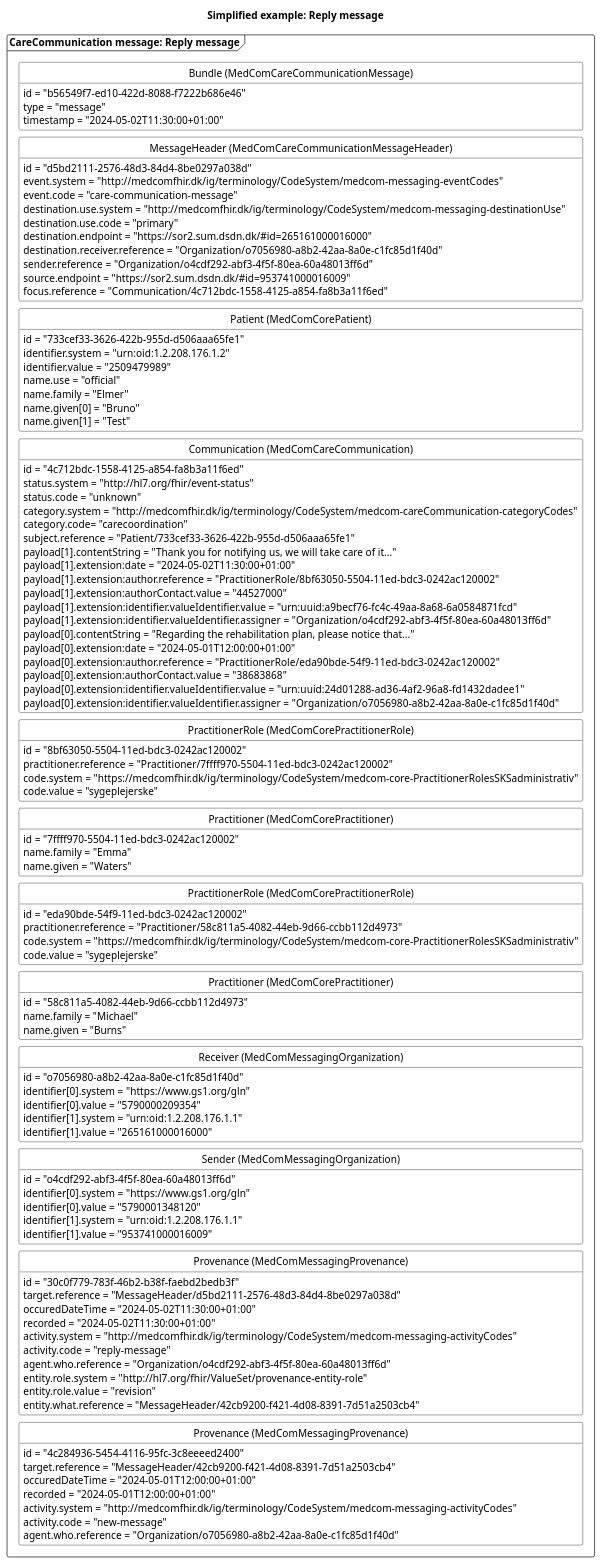
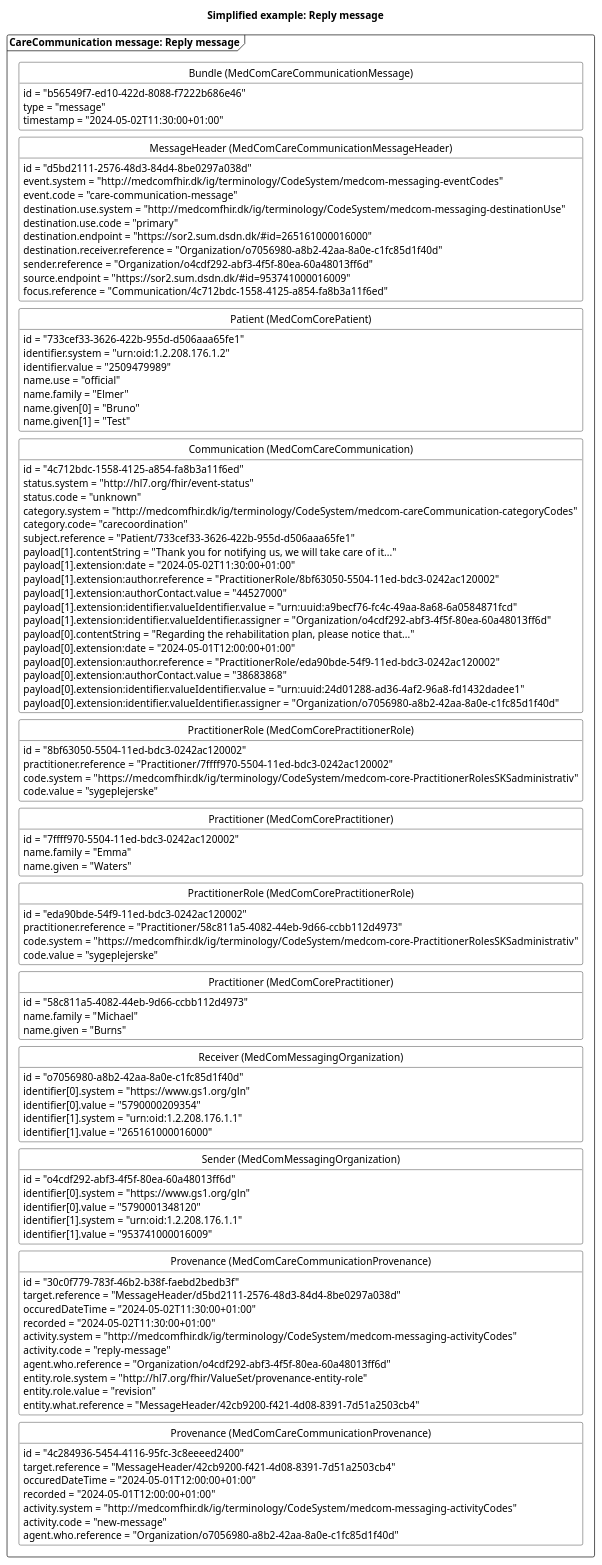
Before and after one commit to medcomdk/dk-medcom-carecommunication: the diagram in puml/CareCommunicationReplyMessage.puml, drawn with PlantUML. The commit also changed 2 other files, not shown here.

Commit message:
Corrected UML diagrams for GitHubPages

```diff
--- a/puml/CareCommunicationReplyMessage.puml
+++ b/puml/CareCommunicationReplyMessage.puml
@@ -1,137 +1,137 @@
 @startuml CCreplyMessage
 
 'layout
 skinparam class {
     BackgroundColor White
     BorderColor Black
     ArrowColor Black
   }
 hide circle
 hide empty members
 skinparam SameClassWidth true
 skinparam Ranksep 10
 
 
 'title
 title Simplified example: Reply message
 
 'Message 1: reply message
 package "CareCommunication message: Reply message" as reply <<Frame>>{
     class "Bundle (MedComCareCommunicationMessage)" as replyB {
         id = "b56549f7-ed10-422d-8088-f7222b686e46"
         type = "message"
         timestamp = "2024-05-02T11:30:00+01:00"
     }
     class "MessageHeader (MedComCareCommunicationMessageHeader)" as replyMH{
         id = "d5bd2111-2576-48d3-84d4-8be0297a038d"
         event.system = "http://medcomfhir.dk/ig/terminology/CodeSystem/medcom-messaging-eventCodes"
         event.code = "care-communication-message"
         destination.use.system = "http://medcomfhir.dk/ig/terminology/CodeSystem/medcom-messaging-destinationUse"
         destination.use.code = "primary"
         destination.endpoint = "https://sor2.sum.dsdn.dk/#id=265161000016000"
         destination.receiver.reference = "Organization/o7056980-a8b2-42aa-8a0e-c1fc85d1f40d"
         sender.reference = "Organization/o4cdf292-abf3-4f5f-80ea-60a48013ff6d"
         source.endpoint = "https://sor2.sum.dsdn.dk/#id=953741000016009"
         focus.reference = "Communication/4c712bdc-1558-4125-a854-fa8b3a11f6ed"
     }
     class "Patient (MedComCorePatient)" as replyPT{
         id = "733cef33-3626-422b-955d-d506aaa65fe1"
         identifier.system = "urn:oid:1.2.208.176.1.2"
         identifier.value = "2509479989"
         name.use = "official"
         name.family = "Elmer"
         name.given[0] = "Bruno"
         name.given[1] = "Test"
     }
     class "Communication (MedComCareCommunication)" as replyCom{
         id = "4c712bdc-1558-4125-a854-fa8b3a11f6ed"
         status.system = "http://hl7.org/fhir/event-status" 
         status.code = "unknown"
         category.system = "http://medcomfhir.dk/ig/terminology/CodeSystem/medcom-careCommunication-categoryCodes"
         category.code= "carecoordination"
         subject.reference = "Patient/733cef33-3626-422b-955d-d506aaa65fe1"
         payload[1].contentString = "Thank you for notifying us, we will take care of it..."
         payload[1].extension:date = "2024-05-02T11:30:00+01:00"
         payload[1].extension:author.reference = "PractitionerRole/8bf63050-5504-11ed-bdc3-0242ac120002"
         payload[1].extension:authorContact.value = "44527000"
         payload[1].extension:identifier.valueIdentifier.value = "urn:uuid:a9becf76-fc4c-49aa-8a68-6a0584871fcd"
         payload[1].extension:identifier.valueIdentifier.assigner = "Organization/o4cdf292-abf3-4f5f-80ea-60a48013ff6d"
         payload[0].contentString = "Regarding the rehabilitation plan, please notice that..."
         payload[0].extension:date = "2024-05-01T12:00:00+01:00"
         payload[0].extension:author.reference = "PractitionerRole/eda90bde-54f9-11ed-bdc3-0242ac120002"
         payload[0].extension:authorContact.value = "38683868"
         payload[0].extension:identifier.valueIdentifier.value = "urn:uuid:24d01288-ad36-4af2-96a8-fd1432dadee1"
         payload[0].extension:identifier.valueIdentifier.assigner = "Organization/o7056980-a8b2-42aa-8a0e-c1fc85d1f40d"
     } 
     class "PractitionerRole (MedComCorePractitionerRole)" as replyPracR{
         id = "8bf63050-5504-11ed-bdc3-0242ac120002"
         practitioner.reference = "Practitioner/7ffff970-5504-11ed-bdc3-0242ac120002"
         code.system = "https://medcomfhir.dk/ig/terminology/CodeSystem/medcom-core-PractitionerRolesSKSadministrativ"
         code.value = "sygeplejerske"
     }
     class "Practitioner (MedComCorePractitioner)" as replyPrac{
         id = "7ffff970-5504-11ed-bdc3-0242ac120002"
         name.family = "Emma"
         name.given = "Waters"
     }
     class "PractitionerRole (MedComCorePractitionerRole)" as newPracR{
         id = "eda90bde-54f9-11ed-bdc3-0242ac120002"
         practitioner.reference = "Practitioner/58c811a5-4082-44eb-9d66-ccbb112d4973"
         code.system = "https://medcomfhir.dk/ig/terminology/CodeSystem/medcom-core-PractitionerRolesSKSadministrativ"
         code.value = "sygeplejerske"
     }
     class "Practitioner (MedComCorePractitioner)" as newPrac{
         id = "58c811a5-4082-44eb-9d66-ccbb112d4973"
         name.family = "Michael"
         name.given = "Burns"
     }
     class "Sender (MedComMessagingOrganization)" as replySOrg{
         id = "o4cdf292-abf3-4f5f-80ea-60a48013ff6d"
         identifier[0].system = "https://www.gs1.org/gln"
         identifier[0].value = "5790001348120"
         identifier[1].system = "urn:oid:1.2.208.176.1.1"
         identifier[1].value = "953741000016009"
     }
     class "Receiver (MedComMessagingOrganization)" as replyROrg{
         id = "o7056980-a8b2-42aa-8a0e-c1fc85d1f40d"
         identifier[0].system = "https://www.gs1.org/gln"
         identifier[0].value = "5790000209354"
         identifier[1].system = "urn:oid:1.2.208.176.1.1"
         identifier[1].value = "265161000016000"
     }
-    class "Provenance (MedComMessagingProvenance)" as replyPRO{
+    class "Provenance (MedComCareCommunicationProvenance)" as replyPRO{
         id = "30c0f779-783f-46b2-b38f-faebd2bedb3f"
         target.reference = "MessageHeader/d5bd2111-2576-48d3-84d4-8be0297a038d"
         occuredDateTime = "2024-05-02T11:30:00+01:00"
         recorded = "2024-05-02T11:30:00+01:00"
         activity.system = "http://medcomfhir.dk/ig/terminology/CodeSystem/medcom-messaging-activityCodes"
         activity.code = "reply-message"
         agent.who.reference = "Organization/o4cdf292-abf3-4f5f-80ea-60a48013ff6d"
         entity.role.system = "http://hl7.org/fhir/ValueSet/provenance-entity-role"
         entity.role.value = "revision"
         entity.what.reference = "MessageHeader/42cb9200-f421-4d08-8391-7d51a2503cb4"
     }
-    class "Provenance (MedComMessagingProvenance)" as newPRO{
+    class "Provenance (MedComCareCommunicationProvenance)" as newPRO{
         id = "4c284936-5454-4116-95fc-3c8eeeed2400"
         target.reference = "MessageHeader/42cb9200-f421-4d08-8391-7d51a2503cb4"
         occuredDateTime = "2024-05-01T12:00:00+01:00"
         recorded = "2024-05-01T12:00:00+01:00"
         activity.system = "http://medcomfhir.dk/ig/terminology/CodeSystem/medcom-messaging-activityCodes"
         activity.code = "new-message"
         agent.who.reference = "Organization/o7056980-a8b2-42aa-8a0e-c1fc85d1f40d"
     }
 
 replyB -[hidden]- replyMH
 replyMH -[hidden]-replyPT
 replyPT-[hidden]-replyCom
 replyCom -[hidden]-replyPracR
 replyPracR-[hidden]-replyPrac
 replyPrac-[hidden]-newPracR
 newPracR-[hidden]-newPrac
 newPrac-[hidden]-replyROrg
 replyROrg-[hidden]- replySOrg
 replySOrg-[hidden]-replyPRO
 replyPRO-[hidden]-newPRO
 
 
 @enduml
```
